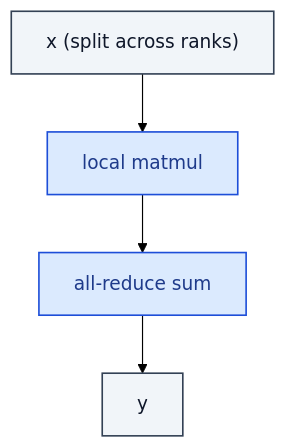
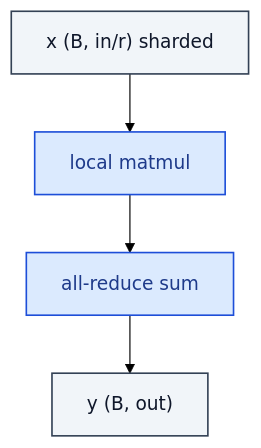
One commit to RealityShifts/Srivastava-book-of-Blocks-diagrams changed the diagram in efficient/RowParallelLinear.md. Above: the diagram before and after it, drawn with Mermaid (forest theme). The commit also changed 123 other files, not shown here.

````diff
--- a/efficient/RowParallelLinear.md
+++ b/efficient/RowParallelLinear.md
@@ -7,19 +7,20 @@
 ```mermaid
 flowchart TD
-    n0_0["x  (split across ranks)"]:::io
+    n0_0["x  (B, in/r)  sharded"]:::io
     n1_0["local matmul"]:::op
     n2_0["all-reduce sum"]:::op
-    n3_0["y"]:::io
+    n3_0["y  (B, out)"]:::io
     n0_0 --> n1_0
     n1_0 --> n2_0
     n2_0 --> n3_0
     classDef io fill:#f1f5f9,stroke:#334155,stroke-width:1.4px,color:#0f172a
     classDef op fill:#dbeafe,stroke:#1d4ed8,stroke-width:1.4px,color:#1e3a8a
     classDef norm fill:#dcfce7,stroke:#15803d,stroke-width:1.4px,color:#14532d
     classDef act fill:#ffedd5,stroke:#c2410c,stroke-width:1.4px,color:#7c2d12
     classDef attn fill:#ede9fe,stroke:#6d28d9,stroke-width:1.4px,color:#4c1d95
     classDef merge fill:#fef3c7,stroke:#b45309,stroke-width:1.4px,color:#78350f
     classDef emb fill:#fef9c3,stroke:#a16207,stroke-width:1.4px,color:#713f12
     classDef loss fill:#fee2e2,stroke:#b91c1c,stroke-width:1.4px,color:#7f1d1d
     classDef ctrl fill:#f5f5f4,stroke:#52525b,stroke-width:1.4px,color:#27272a
+    classDef ref fill:#e0f2fe,stroke:#0369a1,stroke-width:2px,color:#0c4a6e,stroke-dasharray: 4 2
 ```
````
